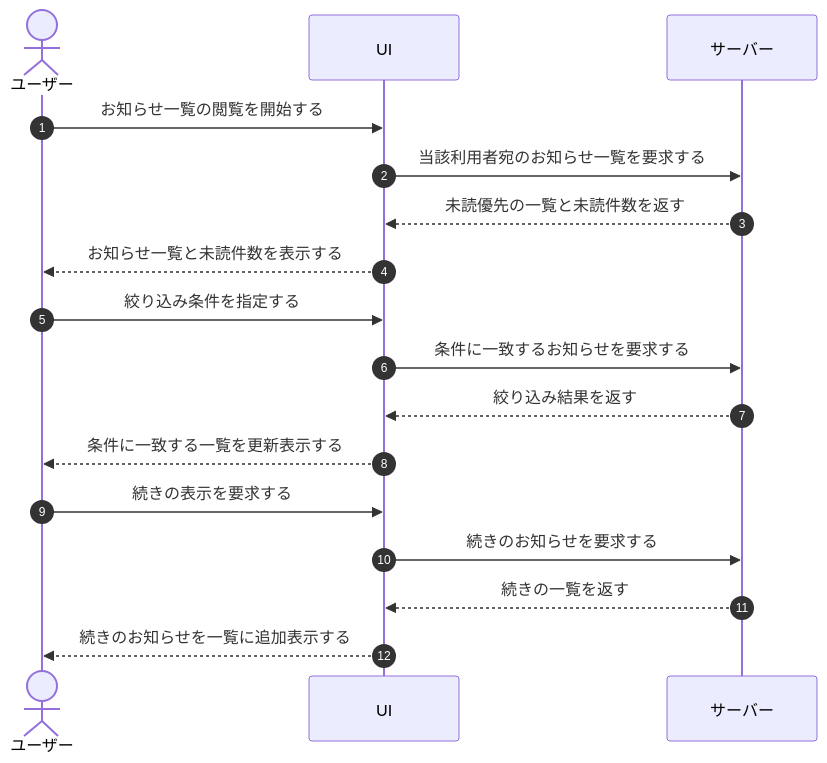
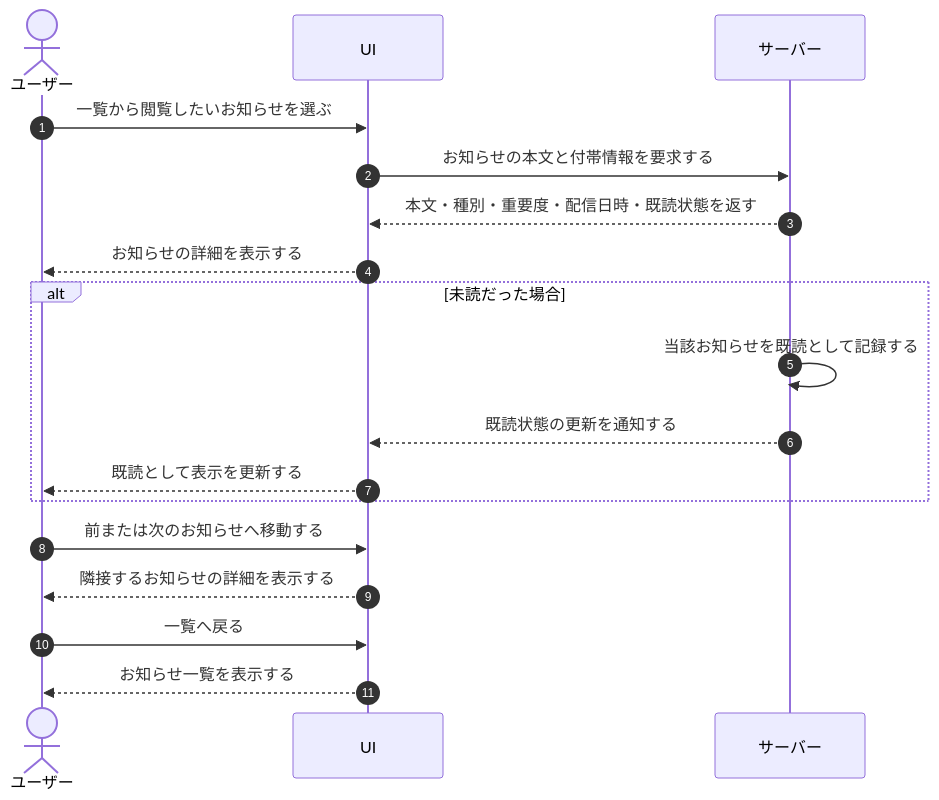
One commit to sikakou54/open-faq changed the diagram in 01_requirements/04_business_usecases/UC-044.md. Above: the diagram before and after it, drawn with Mermaid. The commit also changed other lines of this file and 395 other files, not shown here.

````diff
--- a/01_requirements/04_business_usecases/UC-044.md
+++ b/01_requirements/04_business_usecases/UC-044.md
@@ -26,19 +27,20 @@
 ```mermaid
 sequenceDiagram
   autonumber
   actor U as ユーザー
   participant UI as UI
   participant S as サーバー
-  U->>UI: お知らせ一覧の閲覧を開始する
-  UI->>S: 当該利用者宛のお知らせ一覧を要求する
-  S-->>UI: 未読優先の一覧と未読件数を返す
-  UI-->>U: お知らせ一覧と未読件数を表示する
-  U->>UI: 絞り込み条件を指定する
-  UI->>S: 条件に一致するお知らせを要求する
-  S-->>UI: 絞り込み結果を返す
-  UI-->>U: 条件に一致する一覧を更新表示する
-  U->>UI: 続きの表示を要求する
-  UI->>S: 続きのお知らせを要求する
-  S-->>UI: 続きの一覧を返す
-  UI-->>U: 続きのお知らせを一覧に追加表示する
+  U->>UI: 一覧から閲覧したいお知らせを選ぶ
+  UI->>S: お知らせの本文と付帯情報を要求する
+  S-->>UI: 本文・種別・重要度・配信日時・既読状態を返す
+  UI-->>U: お知らせの詳細を表示する
+  alt 未読だった場合
+    S->>S: 当該お知らせを既読として記録する
+    S-->>UI: 既読状態の更新を通知する
+    UI-->>U: 既読として表示を更新する
+  end
+  U->>UI: 前または次のお知らせへ移動する
+  UI-->>U: 隣接するお知らせの詳細を表示する
+  U->>UI: 一覧へ戻る
+  UI-->>U: お知らせ一覧を表示する
 ```
````
